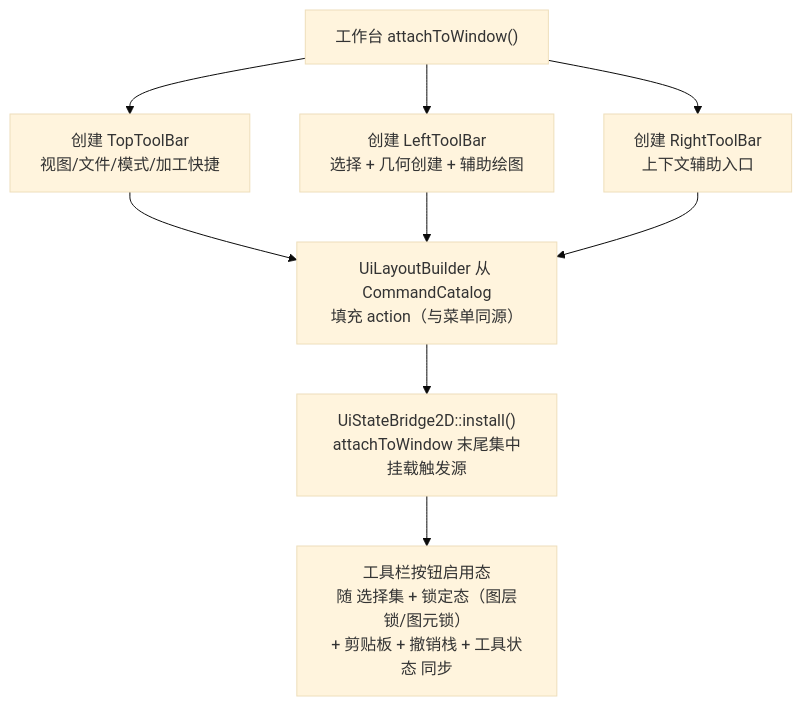
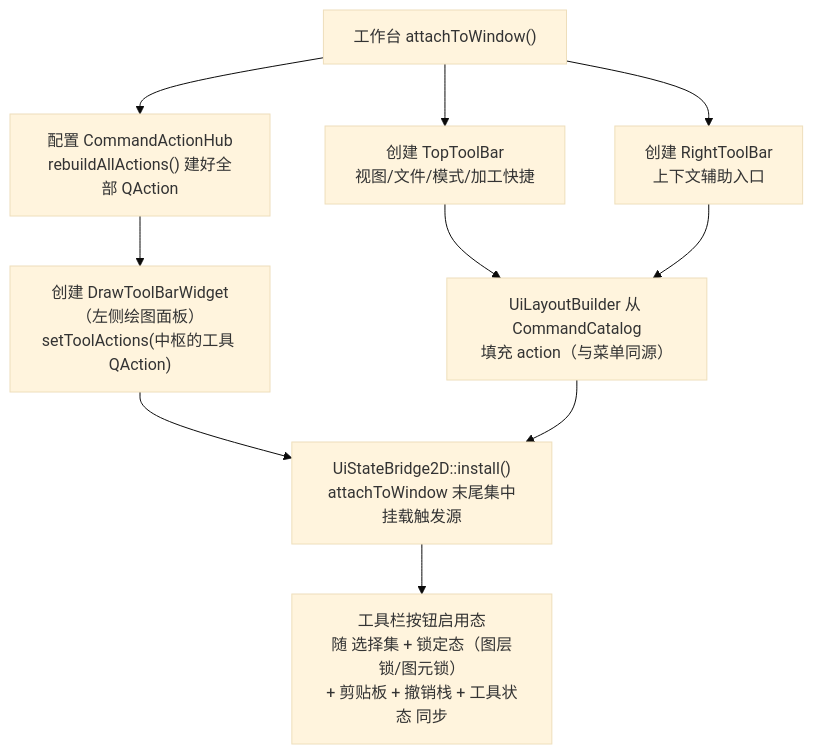
Before and after one commit to yulinxx/CAD: the fifth of 16 diagrams in Docs/01-当前架构/UI交互流程.md, drawn with Mermaid (base theme). The commit also changed other lines of this file and 13 other files, not shown here.

First line of the commit message:
refactor(2d): 左侧绘图工具栏改为消费命令中枢 QAction，绘图工具入口收口

````diff
--- a/Docs/01-当前架构/UI交互流程.md
+++ b/Docs/01-当前架构/UI交互流程.md
@@ -163,11 +163,12 @@
 ```mermaid
 flowchart TD
     Attach["工作台 attachToWindow()"] --> Top["创建 TopToolBar<br/>视图/文件/模式/加工快捷"]
-    Attach --> Left["创建 LeftToolBar<br/>选择 + 几何创建 + 辅助绘图"]
+    Attach --> Hub["配置 CommandActionHub<br/>rebuildAllActions() 建好全部 QAction"]
     Attach --> Right["创建 RightToolBar<br/>上下文辅助入口"]
     Top --> Bind["UiLayoutBuilder 从 CommandCatalog<br/>填充 action（与菜单同源）"]
-    Left --> Bind
+    Hub --> Left["创建 DrawToolBarWidget（左侧绘图面板）<br/>setToolActions(中枢的工具 QAction)"]
     Right --> Bind
-    Bind --> Install["UiStateBridge2D::install()<br/>attachToWindow 末尾集中挂载触发源"]
+    Left --> Install["UiStateBridge2D::install()<br/>attachToWindow 末尾集中挂载触发源"]
+    Bind --> Install
     Install --> Sync["工具栏按钮启用态<br/>随 选择集 + 锁定态（图层锁/图元锁）<br/>+ 剪贴板 + 撤销栈 + 工具状态 同步"]
 ```
````
